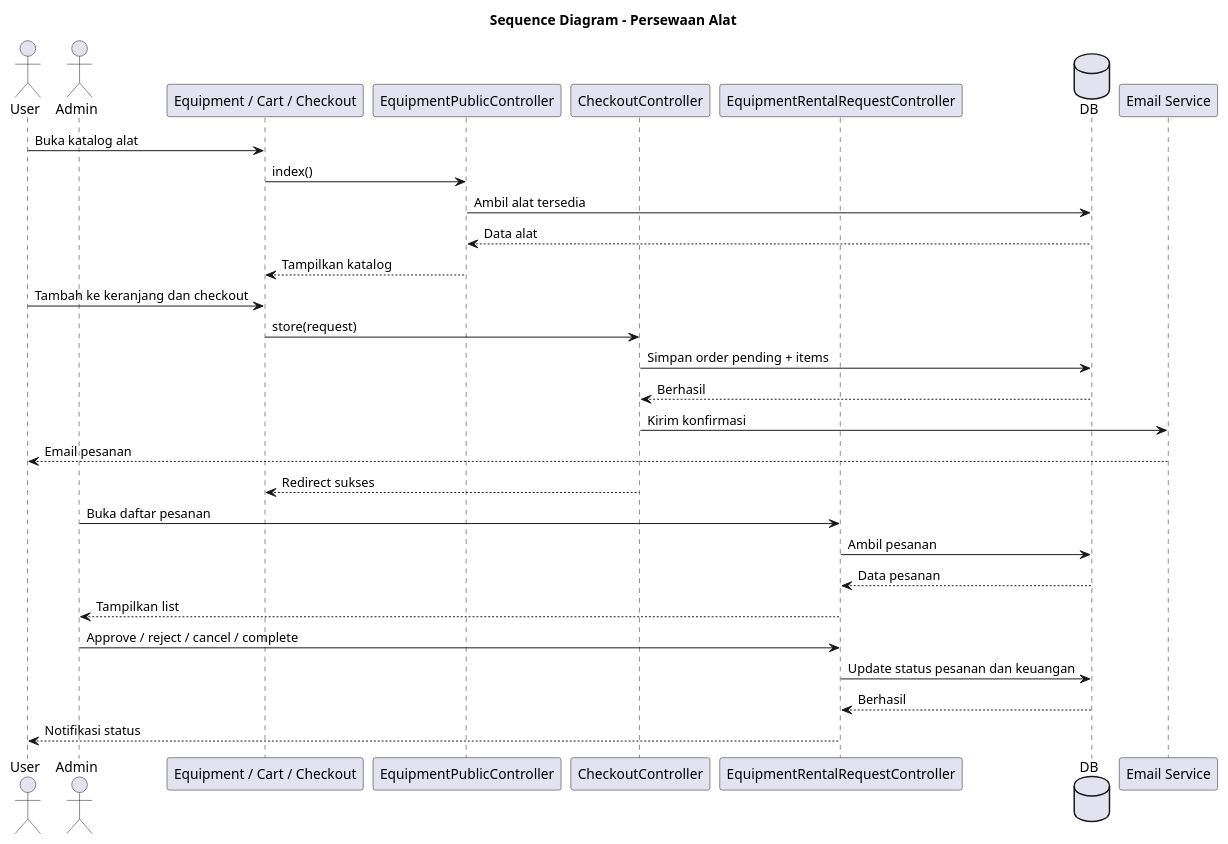
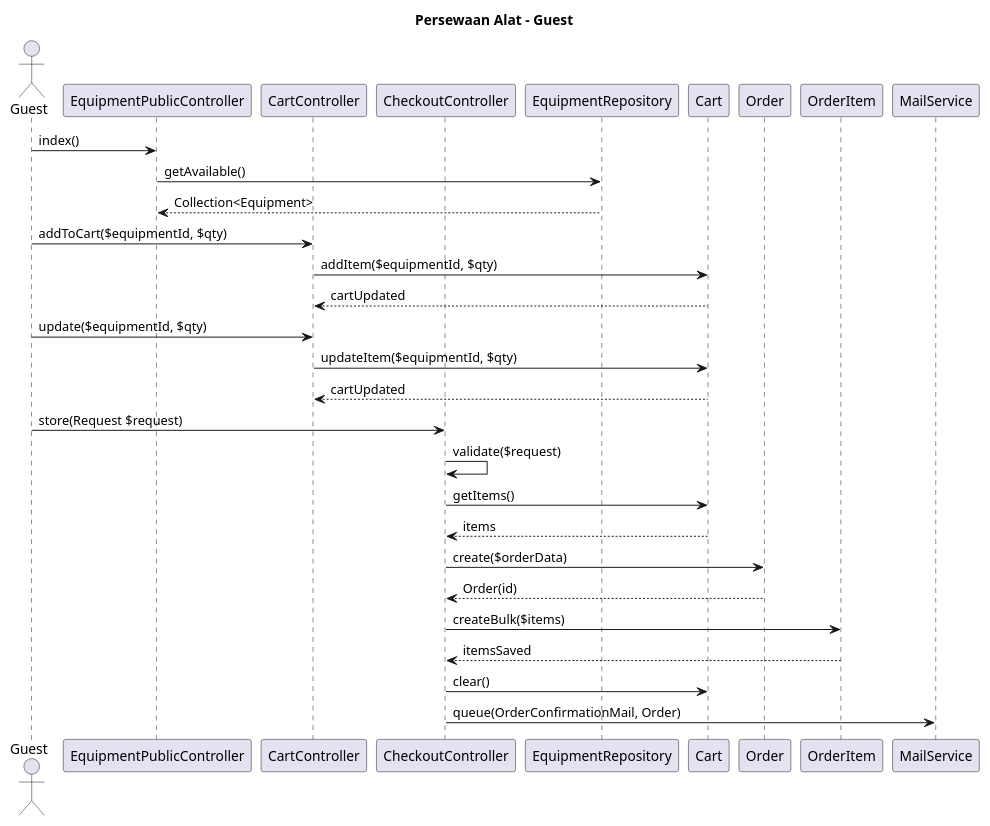
One commit to RizkyFahrizal/satpals-project changed the diagram in docs/sequence-diagrams/iterasi-2/05-persewaan-alat-seq.puml. Above: the diagram before and after it, drawn with PlantUML. The commit also changed 40 other files, not shown here.

```diff
--- a/docs/sequence-diagrams/iterasi-2/05-persewaan-alat-seq.puml
+++ b/docs/sequence-diagrams/iterasi-2/05-persewaan-alat-seq.puml
@@ -1,38 +1,37 @@
-@startuml Persewaan_Alat_Sequence
+@startuml persewaan-alat-guest
+title Persewaan Alat - Guest
 
-title Sequence Diagram - Persewaan Alat
+actor Guest
+participant "EquipmentPublicController" as PublicController
+participant "CartController" as CartController
+participant "CheckoutController" as CheckoutController
+participant "EquipmentRepository" as EquipmentRepo
+participant "Cart" as CartModel
+participant "Order" as OrderModel
+participant "OrderItem" as OrderItemModel
+participant "MailService" as Mail
 
-actor User
-actor Admin
-participant "Equipment / Cart / Checkout" as View
-participant "EquipmentPublicController" as PublicController
-participant "CheckoutController" as CheckoutController
-participant "EquipmentRentalRequestController" as AdminController
-database DB
-participant "Email Service" as Mail
+Guest -> PublicController: index()
+PublicController -> EquipmentRepo: getAvailable()
+EquipmentRepo --> PublicController: Collection<Equipment>
 
-User -> View: Buka katalog alat
-View -> PublicController: index()
-PublicController -> DB: Ambil alat tersedia
-DB --> PublicController: Data alat
-PublicController --> View: Tampilkan katalog
+Guest -> CartController: addToCart($equipmentId, $qty)
+CartController -> CartModel: addItem($equipmentId, $qty)
+CartModel --> CartController: cartUpdated
 
-User -> View: Tambah ke keranjang dan checkout
-View -> CheckoutController: store(request)
-CheckoutController -> DB: Simpan order pending + items
-DB --> CheckoutController: Berhasil
-CheckoutController -> Mail: Kirim konfirmasi
-Mail --> User: Email pesanan
-CheckoutController --> View: Redirect sukses
+Guest -> CartController: update($equipmentId, $qty)
+CartController -> CartModel: updateItem($equipmentId, $qty)
+CartModel --> CartController: cartUpdated
 
-Admin -> AdminController: Buka daftar pesanan
-AdminController -> DB: Ambil pesanan
-DB --> AdminController: Data pesanan
-AdminController --> Admin: Tampilkan list
-
-Admin -> AdminController: Approve / reject / cancel / complete
-AdminController -> DB: Update status pesanan dan keuangan
-DB --> AdminController: Berhasil
-AdminController --> User: Notifikasi status
+Guest -> CheckoutController: store(Request $request)
+CheckoutController -> CheckoutController: validate($request)
+CheckoutController -> CartModel: getItems()
+CartModel --> CheckoutController: items
+CheckoutController -> OrderModel: create($orderData)
+OrderModel --> CheckoutController: Order(id)
+CheckoutController -> OrderItemModel: createBulk($items)
+OrderItemModel --> CheckoutController: itemsSaved
+CheckoutController -> CartModel: clear()
+CheckoutController -> Mail: queue(OrderConfirmationMail, Order)
 
 @enduml
```
